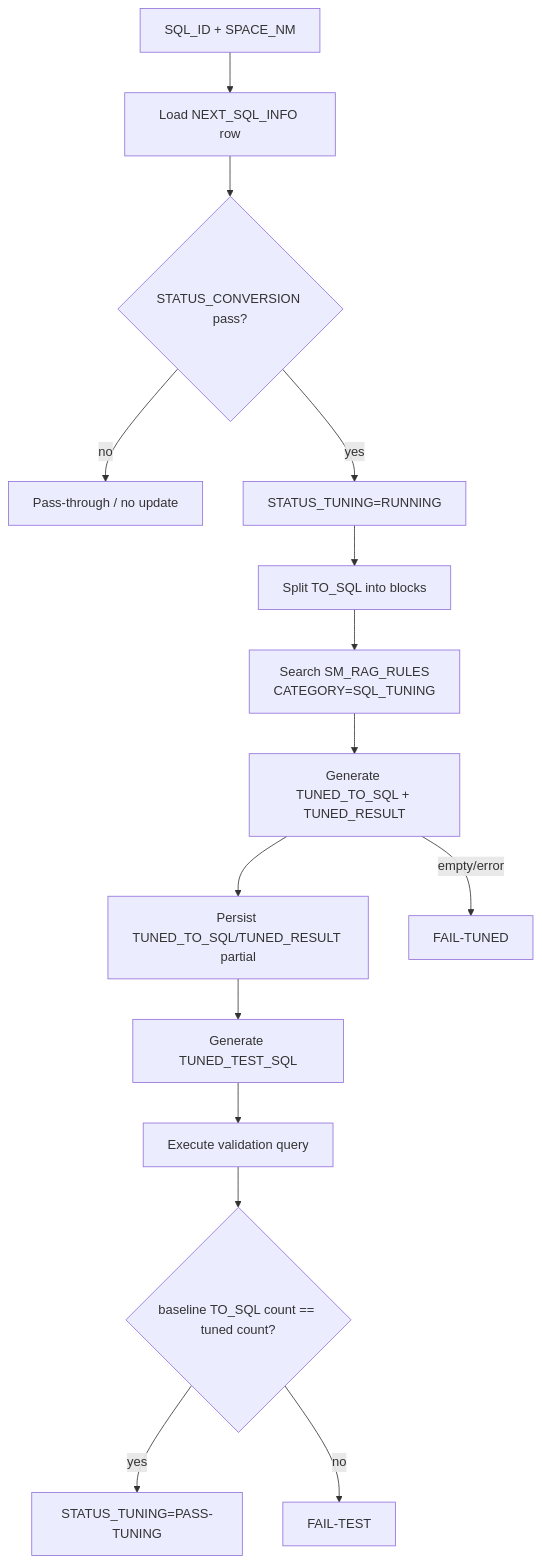
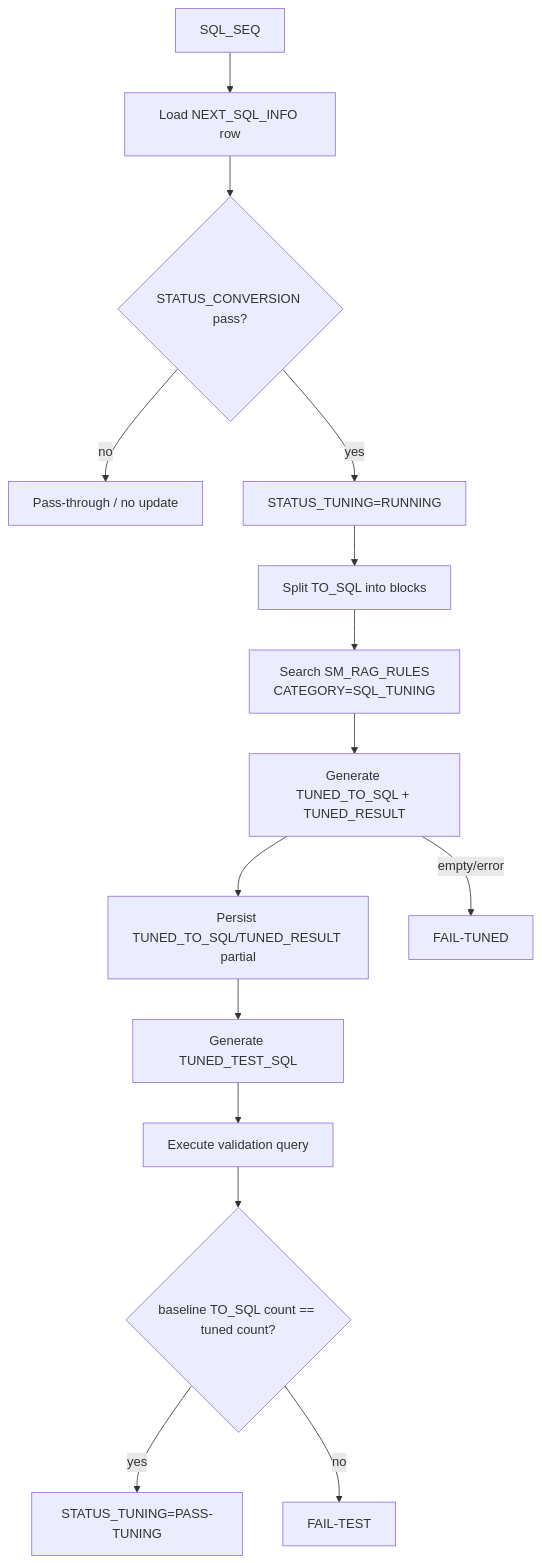
One commit to seongikjin227-jpg/refactoring_smartMigrate changed the seventh of 11 diagrams in smartMigrate_2.0_Langflow/00_guide/00_architecture_chapter4_domain_executors.md. Above: the diagram before and after it, drawn with Mermaid. The commit also changed other lines of this file and 8 other files, not shown here.

````diff
--- a/smartMigrate_2.0_Langflow/00_guide/00_architecture_chapter4_domain_executors.md
+++ b/smartMigrate_2.0_Langflow/00_guide/00_architecture_chapter4_domain_executors.md
@@ -310,17 +310,17 @@
 ```mermaid
 flowchart TD
-    J[SQL_ID + SPACE_NM] --> LOAD[Load NEXT_SQL_INFO row]
+    J[SQL_SEQ] --> LOAD[Load NEXT_SQL_INFO row]
     LOAD --> PRE{STATUS_CONVERSION pass?}
     PRE -->|no| THROUGH[Pass-through / no update]
     PRE -->|yes| RUN[STATUS_TUNING=RUNNING]
     RUN --> SPLIT[Split TO_SQL into blocks]
     SPLIT --> RAG[Search SM_RAG_RULES<br/>CATEGORY=SQL_TUNING]
     RAG --> TUNE[Generate TUNED_TO_SQL + TUNED_RESULT]
     TUNE --> SAVE[Persist TUNED_TO_SQL/TUNED_RESULT partial]
     SAVE --> TEST[Generate TUNED_TEST_SQL]
     TEST --> EXEC[Execute validation query]
     EXEC --> VAL{baseline TO_SQL count == tuned count?}
     VAL -->|yes| PASS[STATUS_TUNING=PASS-TUNING]
     VAL -->|no| FTEST[FAIL-TEST]
     TUNE -->|empty/error| FTUNED[FAIL-TUNED]
 ```
````
